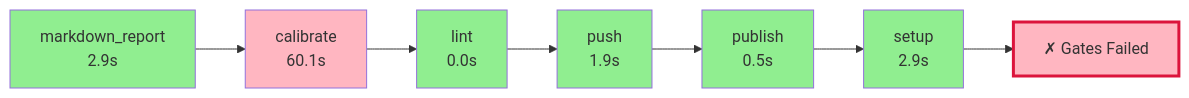
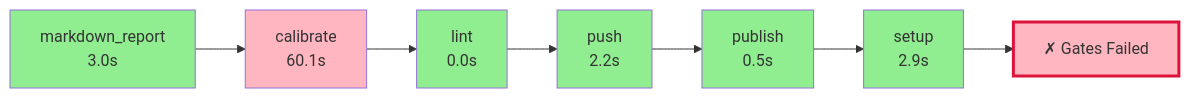
Before and after one commit to wronai/fixos: the diagram in .pyqual/report.md, drawn with Mermaid. The commit also changed other lines of this file and 2 other files, not shown here.

````diff
--- a/.pyqual/report.md
+++ b/.pyqual/report.md
@@ -10,23 +10,23 @@
 ```mermaid
 flowchart LR
-    S0["markdown_report<br/>2.9s"]
+    S0["markdown_report<br/>3.0s"]
     style S0 fill:#90EE90
     S1["calibrate<br/>60.1s"]
     style S1 fill:#FFB6C1
     S0 --> S1
     S2["lint<br/>0.0s"]
     style S2 fill:#90EE90
     S1 --> S2
-    S3["push<br/>1.9s"]
+    S3["push<br/>2.2s"]
     style S3 fill:#90EE90
     S2 --> S3
     S4["publish<br/>0.5s"]
     style S4 fill:#90EE90
     S3 --> S4
     S5["setup<br/>2.9s"]
     style S5 fill:#90EE90
     S4 --> S5
     G["✗ Gates Failed"]
     style G fill:#FFB6C1,stroke:#DC143C,stroke-width:3px
     S5 --> G
 ```
````
